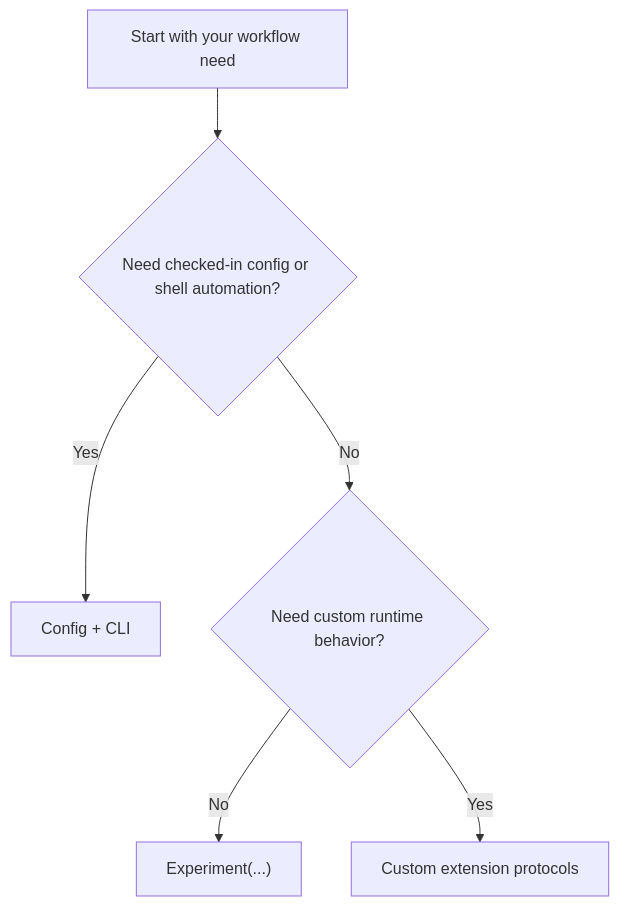
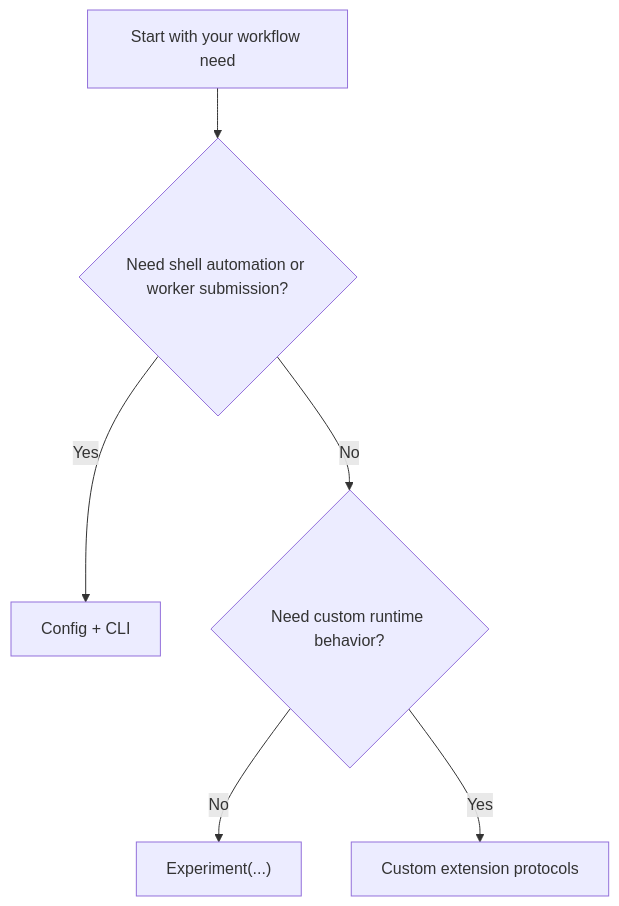
One commit to Pittawat2542/themis changed the diagram in docs/start-here/choose-your-api-layer.md. Above: the diagram before and after it, drawn with Mermaid. The commit also changed other lines of this file and 29 other files, not shown here.

````diff
--- a/docs/start-here/choose-your-api-layer.md
+++ b/docs/start-here/choose-your-api-layer.md
@@ -18,9 +18,9 @@
 ```mermaid
 flowchart TD
     A["Start with your workflow need"]
-    A --> B{"Need checked-in config or shell automation?"}
+    A --> B{"Need shell automation or worker submission?"}
     B -->|Yes| C["Config + CLI"]
     B -->|No| D{"Need custom runtime behavior?"}
     D -->|No| E["Experiment(...)"]
     D -->|Yes| F["Custom extension protocols"]
 ```
````
